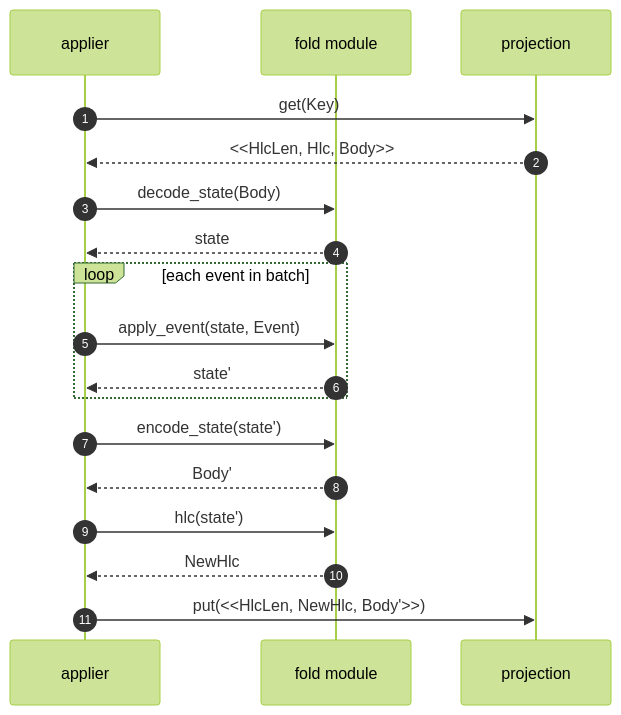
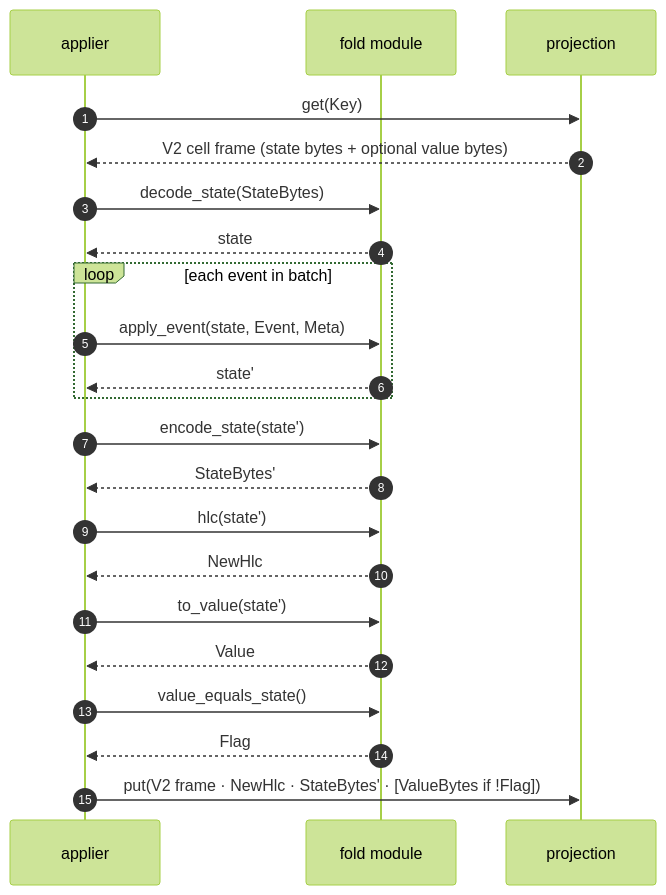
The fourth of 17 diagrams in doc_extras/architecture/05_fold_strategies.md (bondy-io/bondy_mst), drawn with Mermaid (forest theme) before and after one commit. The commit also changed other lines of this file and 126 other files, not shown here.

````diff
--- a/doc_extras/architecture/05_fold_strategies.md
+++ b/doc_extras/architecture/05_fold_strategies.md
@@ -102,21 +150,25 @@
 ```mermaid
 sequenceDiagram
     autonumber
     participant App as applier
     participant Fold as fold module
     participant Proj as projection
 
     App->>Proj: get(Key)
-    Proj-->>App: <<HlcLen, Hlc, Body>>
-    App->>Fold: decode_state(Body)
+    Proj-->>App: V2 cell frame (state bytes + optional value bytes)
+    App->>Fold: decode_state(StateBytes)
     Fold-->>App: state
     loop each event in batch
-        App->>Fold: apply_event(state, Event)
+        App->>Fold: apply_event(state, Event, Meta)
         Fold-->>App: state'
     end
     App->>Fold: encode_state(state')
-    Fold-->>App: Body'
+    Fold-->>App: StateBytes'
     App->>Fold: hlc(state')
     Fold-->>App: NewHlc
-    App->>Proj: put(<<HlcLen, NewHlc, Body'>>)
+    App->>Fold: to_value(state')
+    Fold-->>App: Value
+    App->>Fold: value_equals_state()
+    Fold-->>App: Flag
+    App->>Proj: put(V2 frame · NewHlc · StateBytes' · [ValueBytes if !Flag])
 ```
````
